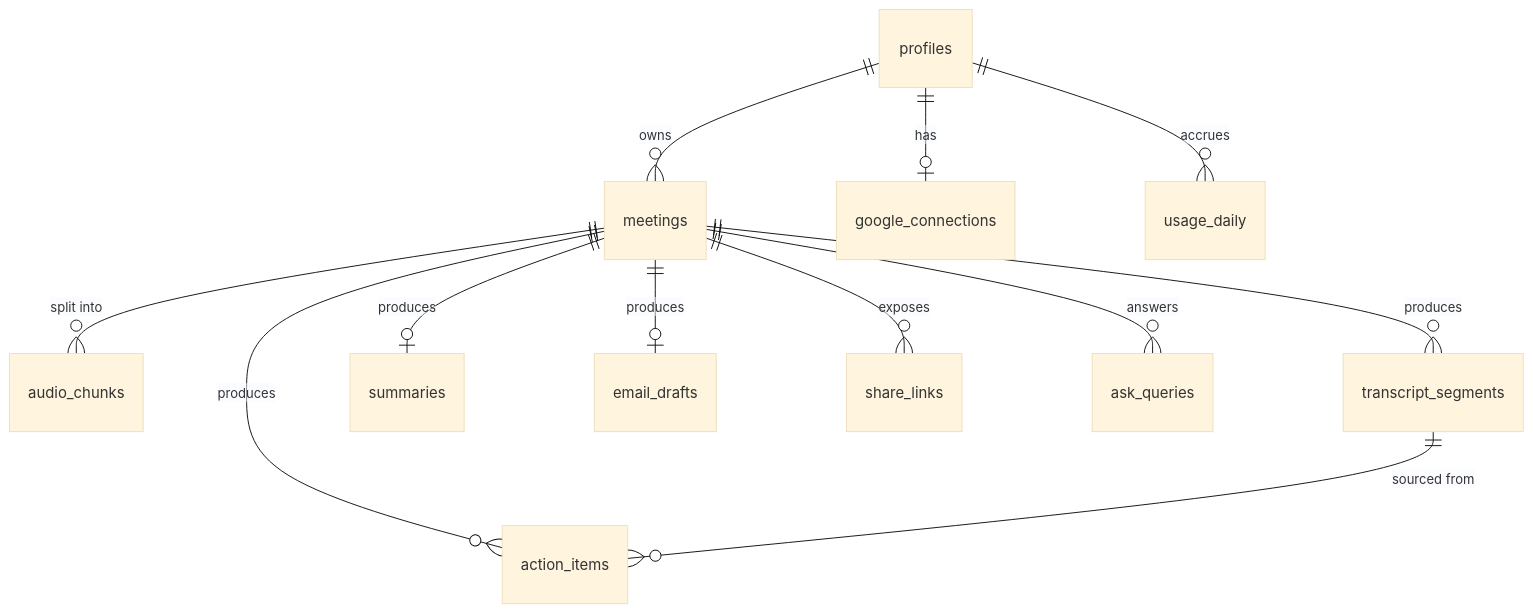
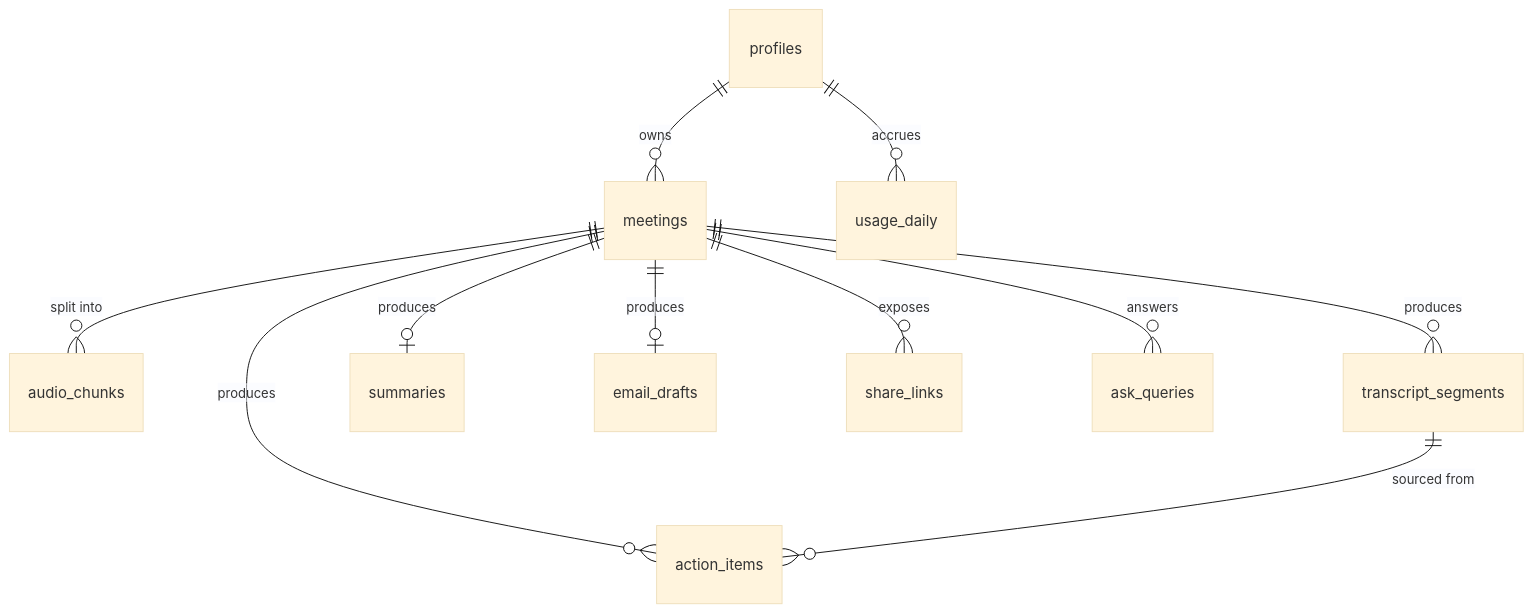
Before and after one commit to dooddles07/SyncMind: the diagram in docs/DATA-MODEL.md, drawn with Mermaid (base theme). The commit also changed other lines of this file and 18 other files, not shown here.

````diff
--- a/docs/DATA-MODEL.md
+++ b/docs/DATA-MODEL.md
@@ -7,14 +7,13 @@
 ```mermaid
 erDiagram
     profiles ||--o{ meetings : owns
-    profiles ||--o| google_connections : has
     profiles ||--o{ usage_daily : accrues
     meetings ||--o{ audio_chunks : "split into"
     meetings ||--o{ transcript_segments : produces
     meetings ||--o| summaries : produces
     meetings ||--o{ action_items : produces
     meetings ||--o| email_drafts : produces
     meetings ||--o{ share_links : exposes
     meetings ||--o{ ask_queries : answers
     transcript_segments ||--o{ action_items : "sourced from"
 ```
````
